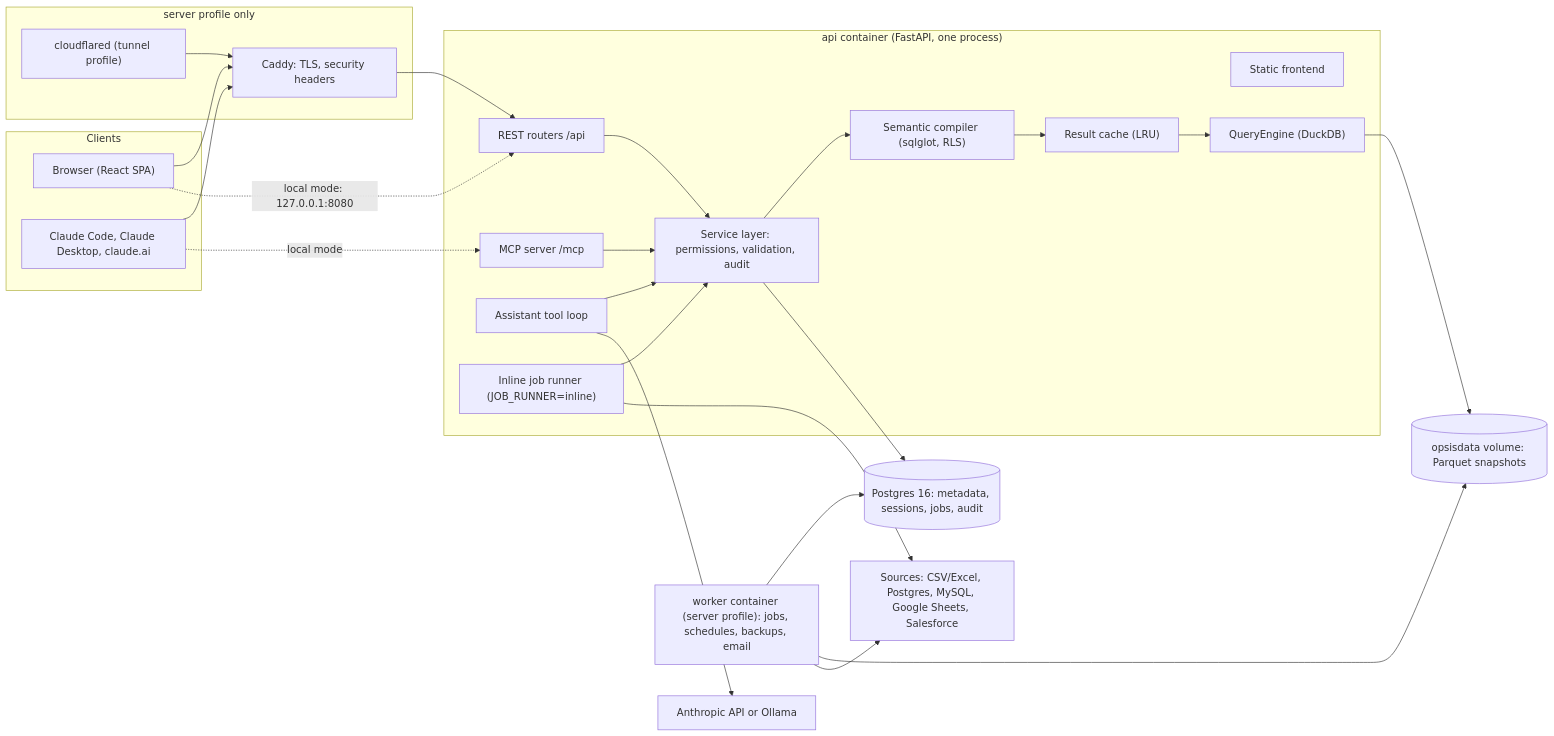
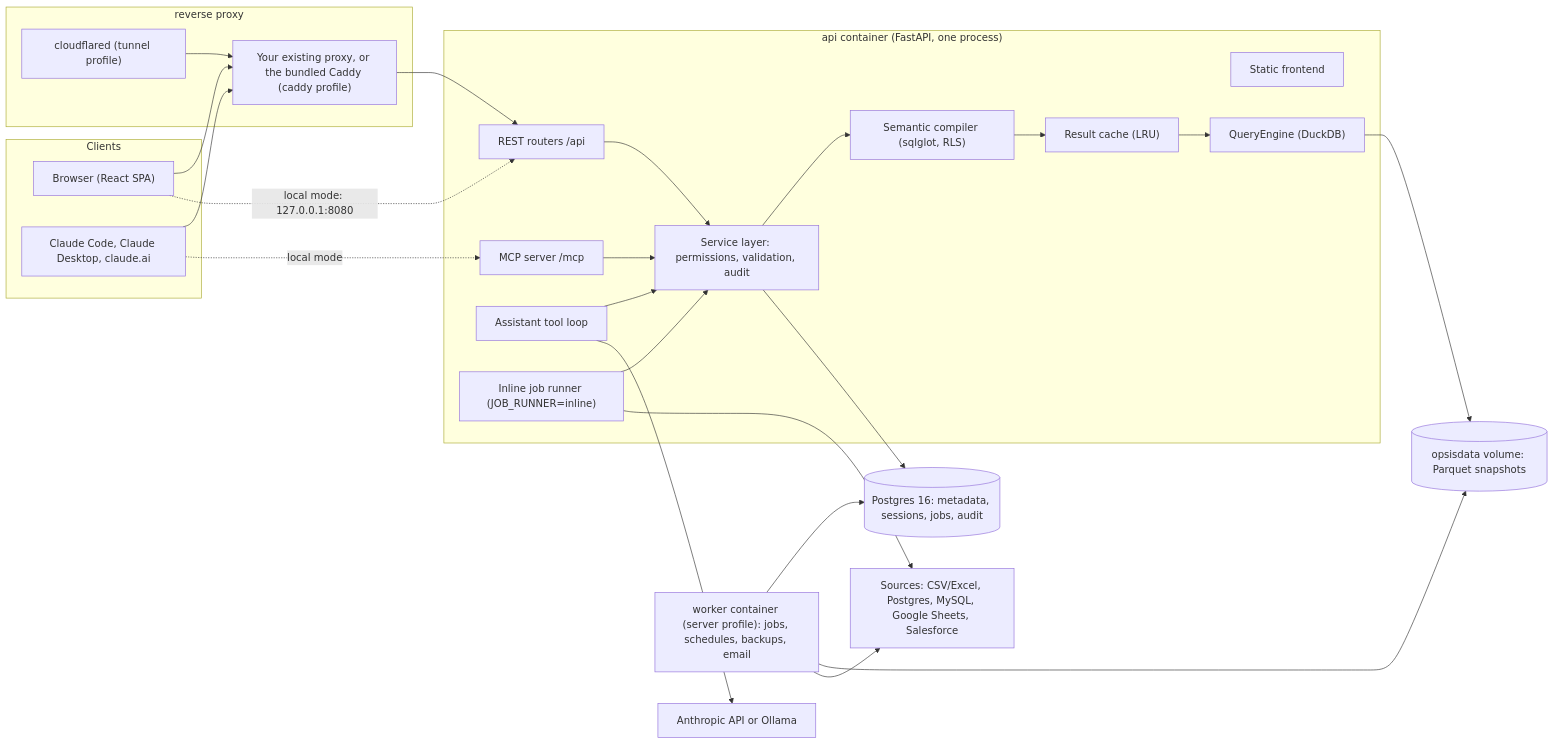
The first of 4 diagrams in docs/ARCHITECTURE.md (pundip/opsis), drawn with Mermaid before and after one commit. The commit also changed other lines of this file and 46 other files, not shown here.

````diff
--- a/docs/ARCHITECTURE.md
+++ b/docs/ARCHITECTURE.md
@@ -7,50 +7,50 @@
 ```mermaid
 flowchart LR
   subgraph clients["Clients"]
     browser["Browser (React SPA)"]
     agent["Claude Code, Claude Desktop, claude.ai"]
   end
 
-  subgraph edge["server profile only"]
+  subgraph edge["reverse proxy"]
     cloudflared["cloudflared (tunnel profile)"]
-    caddy["Caddy: TLS, security headers"]
+    caddy["Your existing proxy, or the bundled Caddy (caddy profile)"]
   end
 
   subgraph api["api container (FastAPI, one process)"]
     rest["REST routers /api"]
     mcp["MCP server /mcp"]
     assistant["Assistant tool loop"]
     static["Static frontend"]
     services["Service layer: permissions, validation, audit"]
     compiler["Semantic compiler (sqlglot, RLS)"]
     cache["Result cache (LRU)"]
     engine["QueryEngine (DuckDB)"]
     inline["Inline job runner (JOB_RUNNER=inline)"]
   end
 
   worker["worker container (server profile): jobs, schedules, backups, email"]
   pg[("Postgres 16: metadata, sessions, jobs, audit")]
   data[("opsisdata volume: Parquet snapshots")]
   sources["Sources: CSV/Excel, Postgres, MySQL, Google Sheets, Salesforce"]
   llm["Anthropic API or Ollama"]
 
   browser --> caddy
   agent --> caddy
   cloudflared --> caddy
   caddy --> rest
   browser -. "local mode: 127.0.0.1:8080" .-> rest
   agent -. "local mode" .-> mcp
 
   rest --> services
   mcp --> services
   assistant --> services
   assistant --> llm
   services --> compiler --> cache --> engine
   services --> pg
   engine --> data
   inline --> services
   worker --> pg
   worker --> data
   worker --> sources
   inline --> sources
 ```
````
